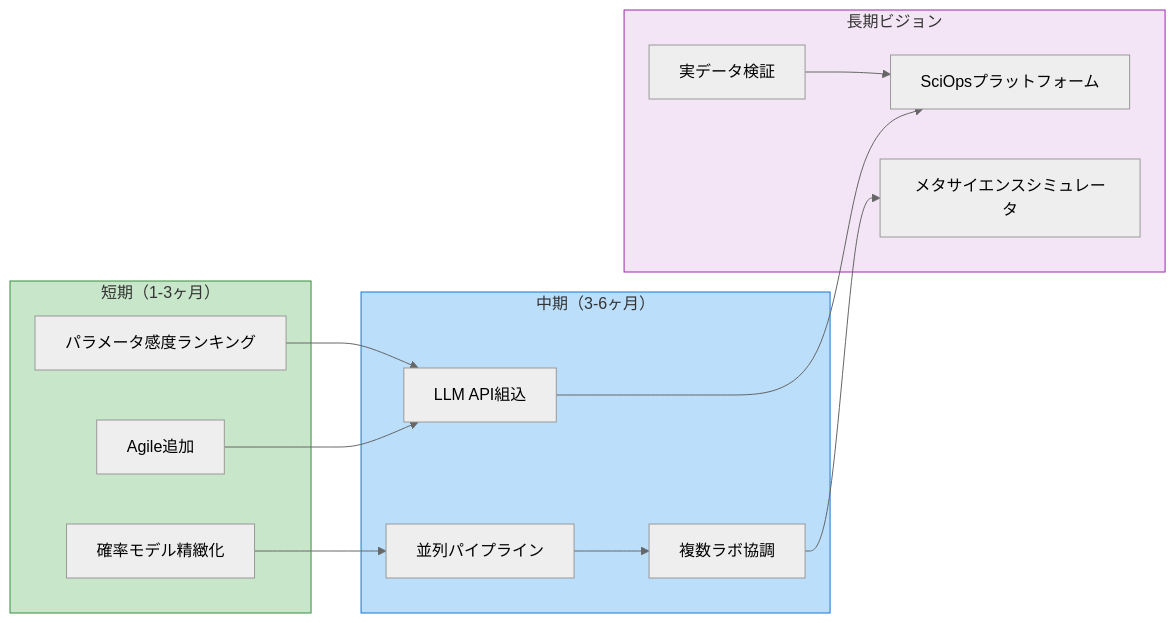
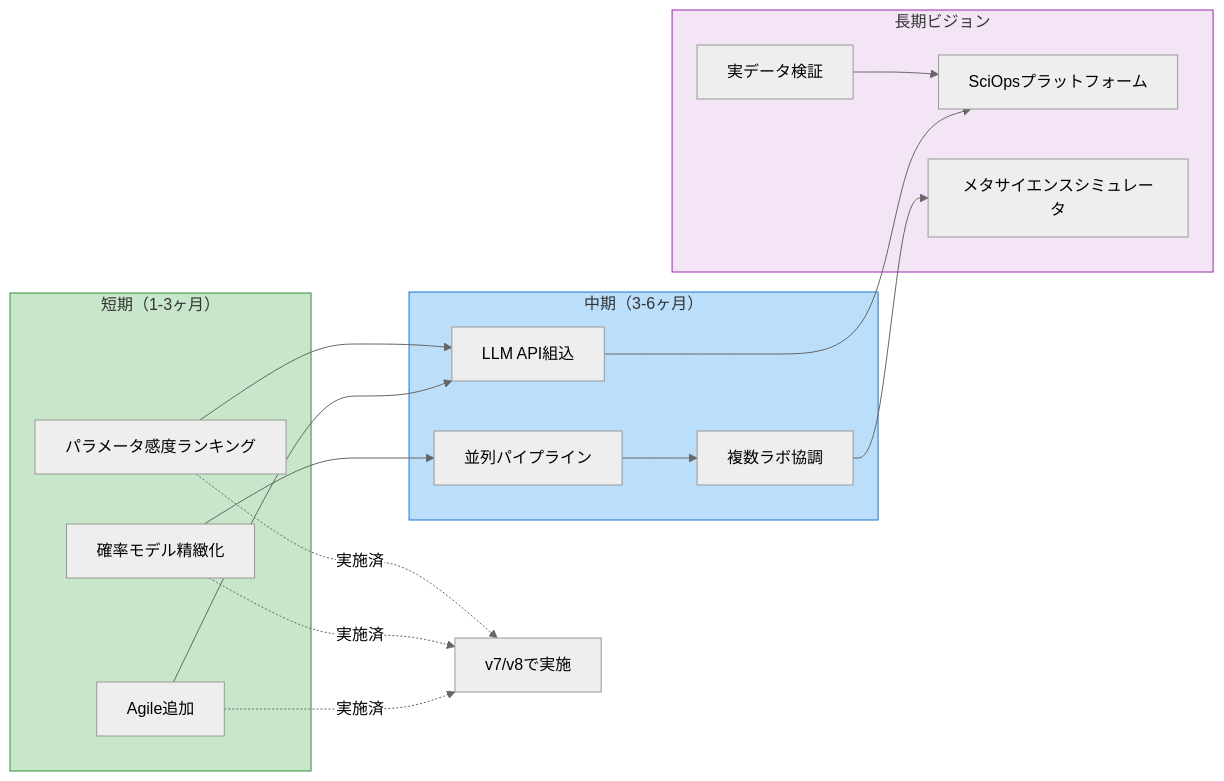
Before and after one commit to Taiyou/DeSciTokyo: the second of 3 diagrams in docs/wiki/Future-Work.md, drawn with Mermaid (neutral theme). The commit also changed other lines of this file and 32 other files, not shown here.

````diff
--- a/docs/wiki/Future-Work.md
+++ b/docs/wiki/Future-Work.md
@@ -41,32 +43,36 @@
 ```mermaid
 graph LR
     subgraph Short["短期（1-3ヶ月）"]
         S1["Agile追加"]
         S2["確率モデル精緻化"]
         S3["パラメータ感度ランキング"]
     end
 
     subgraph Mid["中期（3-6ヶ月）"]
         M1["LLM API組込"]
         M2["並列パイプライン"]
         M3["複数ラボ協調"]
     end
 
     subgraph Long["長期ビジョン"]
         L1["実データ検証"]
         L2["SciOpsプラットフォーム"]
         L3["メタサイエンスシミュレータ"]
     end
 
+    S1 -.->|"実施済"| Done2
+    S2 -.->|"実施済"| Done2
+    S3 -.->|"実施済"| Done2
+    Done2["v7/v8で実施"]
     S1 --> M1
     S2 --> M2
     S3 --> M1
     M1 --> L2
     M2 --> M3
     M3 --> L3
     L1 --> L2
 
     style Short fill:#c8e6c9,stroke:#388E3C
     style Mid fill:#bbdefb,stroke:#1976D2
     style Long fill:#f3e5f5,stroke:#9C27B0
 ```
````
